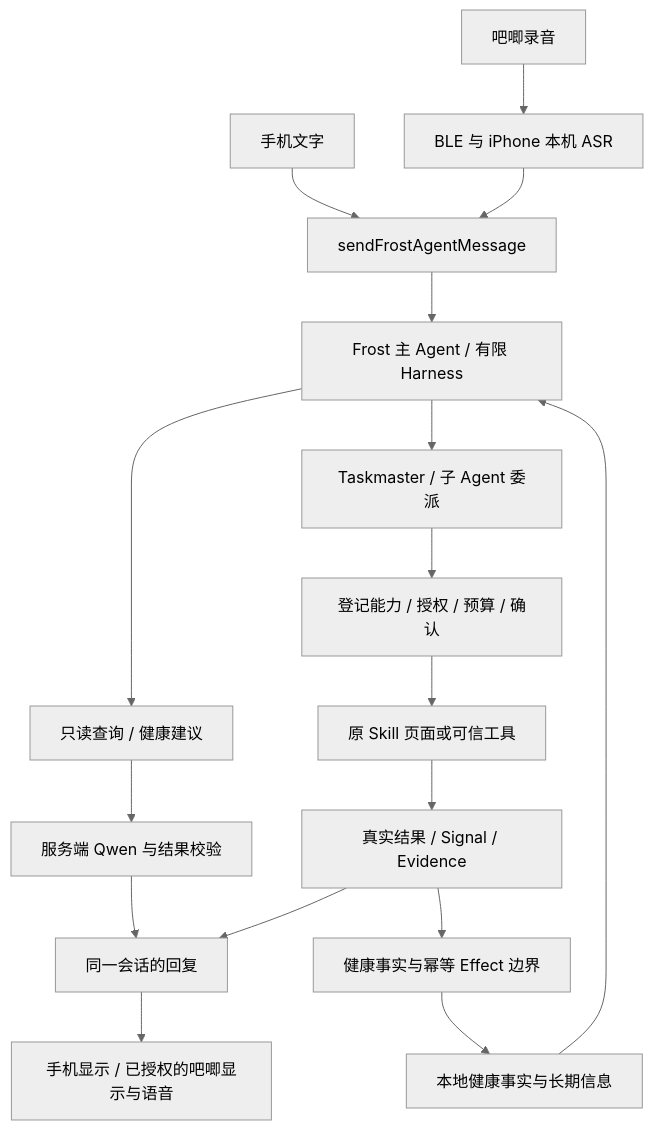
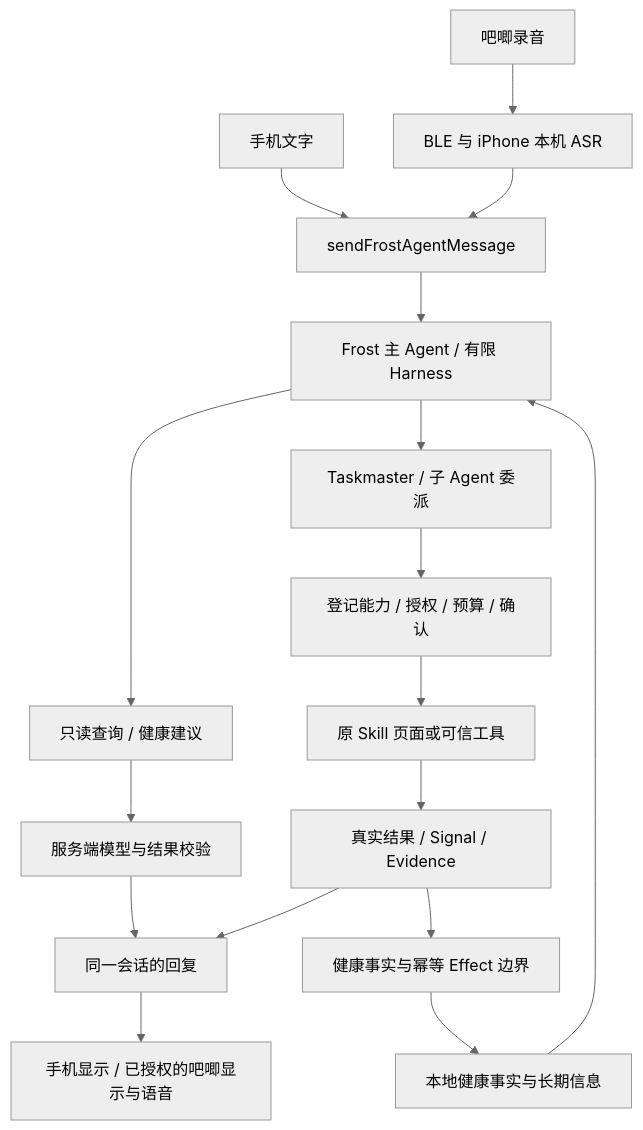
Before and after one commit to narratorzhang0307/pocketbuddy-agents-for-humans: the diagram in ARCHITECTURE.md, drawn with Mermaid (neutral theme). The commit also changed other lines of this file and 8 other files, not shown here.

````diff
--- a/ARCHITECTURE.md
+++ b/ARCHITECTURE.md
@@ -7,19 +7,19 @@
 ```mermaid
 flowchart TD
   Phone[手机文字] --> Entry[sendFrostAgentMessage]
   Badge[吧唧录音] --> BLE[BLE 与 iPhone 本机 ASR]
   BLE --> Entry
   Entry --> Frost[Frost 主 Agent / 有限 Harness]
   Memory[本地健康事实与长期信息] --> Frost
   Frost --> Query[只读查询 / 健康建议]
   Frost --> TM[Taskmaster / 子 Agent 委派]
-  Query --> Cloud[服务端 Qwen 与结果校验]
+  Query --> Cloud[服务端模型与结果校验]
   TM --> Gate[登记能力 / 授权 / 预算 / 确认]
   Gate --> Skill[原 Skill 页面或可信工具]
   Skill --> Evidence[真实结果 / Signal / Evidence]
   Evidence --> Fact[健康事实与幂等 Effect 边界]
   Fact --> Memory
   Cloud --> Reply[同一会话的回复]
   Evidence --> Reply
   Reply --> Output[手机显示 / 已授权的吧唧显示与语音]
 ```
````
